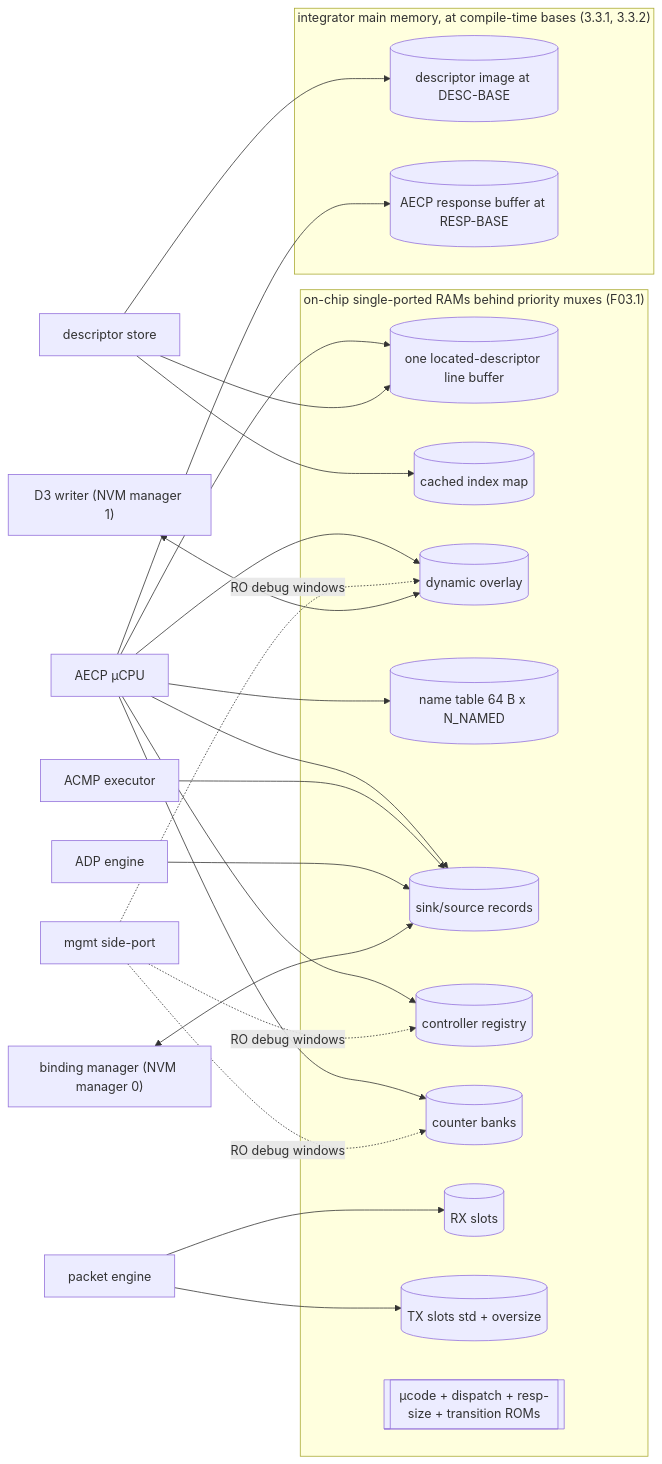
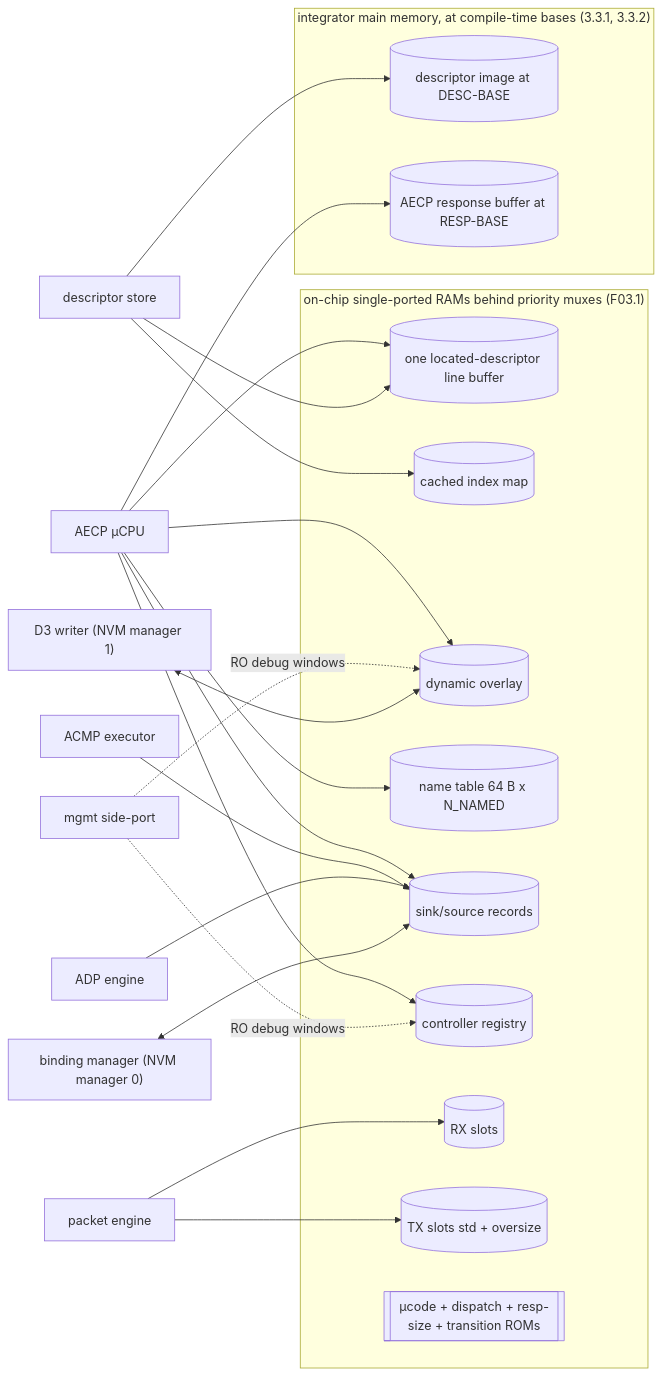
One commit to Mister-M-alt/protocol-processor-control-plane-avb-milan changed the first of 3 diagrams in docs/architecture/07_memory_maps.md. Above: the diagram before and after it, drawn with Mermaid. The commit also changed other lines of this file and 7 other files, not shown here.

Commit message:
Document the ctr_* face per descriptor type and record GAP-05's decision: the integrator keeps every counter, the processor keeps none

````diff
--- a/docs/architecture/07_memory_maps.md
+++ b/docs/architecture/07_memory_maps.md
@@ -14,29 +15,28 @@
 ```mermaid
 flowchart LR
   subgraph mainmem ["integrator main memory, at compile-time bases (3.3.1, 3.3.2)"]
     img[("descriptor image at DESC-BASE")]
     rsp[("AECP response buffer at RESP-BASE")]
   end
   subgraph rams ["on-chip single-ported RAMs behind priority muxes (F03.1)"]
     line[("one located-descriptor line buffer")]
     idx[("cached index map")]
     ovl[("dynamic overlay")]
     names[("name table 64 B x N_NAMED")]
     dyn[("sink/source records")]
     reg[("controller registry")]
-    ctr[("counter banks")]
     rxs[("RX slots")]
     txs[("TX slots std + oversize")]
     ucr[["µcode + dispatch + resp-size + transition ROMs"]]
   end
-  aecp["AECP µCPU"] --> line & ovl & names & dyn & reg & ctr
+  aecp["AECP µCPU"] --> line & ovl & names & dyn & reg
   aecp --> rsp
   store["descriptor store"] --> img
   store --> line & idx
   acmp["ACMP executor"] --> dyn
   adp["ADP engine"] --> dyn
   pkt["packet engine"] --> rxs & txs
-  side["mgmt side-port"] -. "RO debug windows" .-> ovl & reg & ctr
+  side["mgmt side-port"] -. "RO debug windows" .-> ovl & reg
   d3w["D3 writer (NVM manager 1)"] <--> ovl
   bindm["binding manager (NVM manager 0)"] <--> dyn
 ```
````
